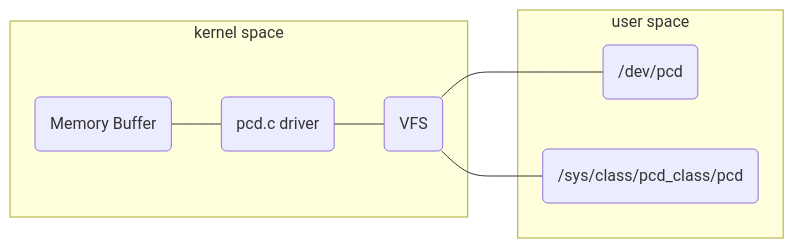
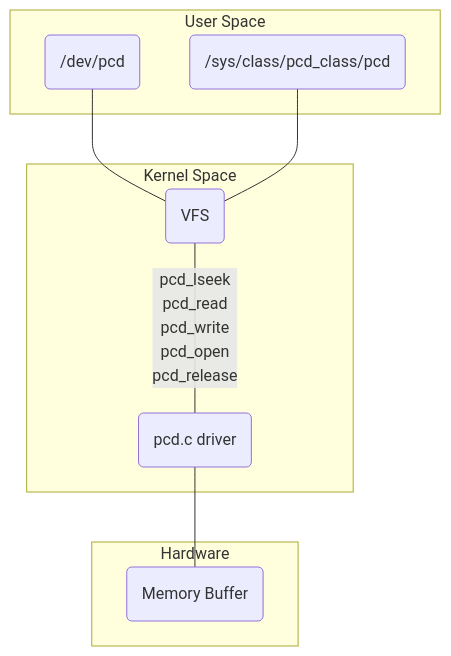
Before and after one commit to maherme/beaglebone-black-examples: the diagram in custom_drivers/pseudo_char_drv/README.md, drawn with Mermaid. The commit also changed other lines of this file, not shown here.

````diff
--- a/custom_drivers/pseudo_char_drv/README.md
+++ b/custom_drivers/pseudo_char_drv/README.md
@@ -14,11 +15,14 @@
 ```mermaid
-  flowchart LR
-    subgraph kernel space
-      A(Memory Buffer) --- B(pcd.c driver)
-      B --- C(VFS)
+  flowchart BT
+    subgraph Hardware
+      A(Memory Buffer)
     end
-    subgraph user space
+    subgraph Kernel Space
+      A --- B(pcd.c driver)
+      B --- |pcd_lseek\n pcd_read\n pcd_write\n pcd_open\n pcd_release|C(VFS)
+    end
+    subgraph User Space
       C --- D(/dev/pcd)
       C --- E(/sys/class/pcd_class/pcd)
     end
 ```
````
